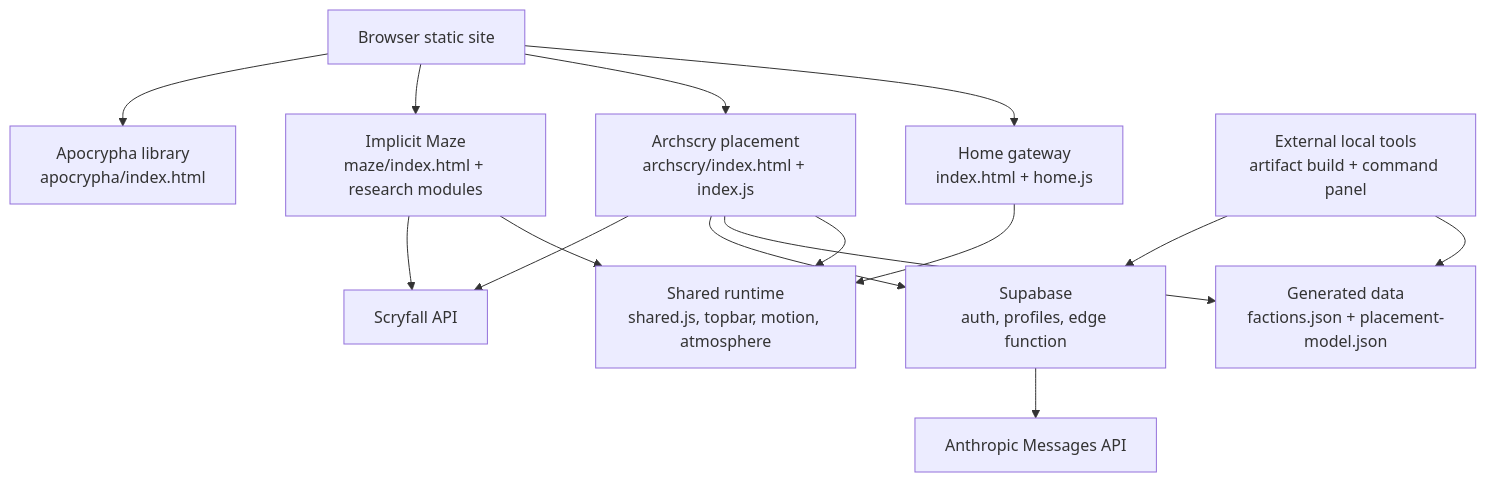
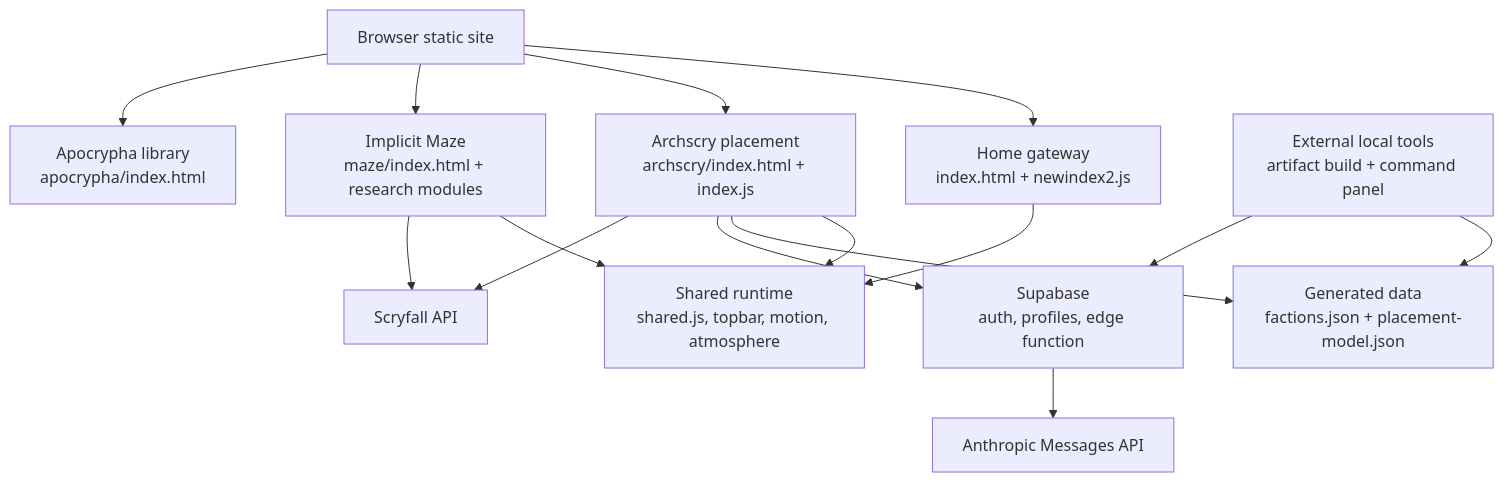
The diagram in docs/diagrams/project-architecture.mmd (rboles84/mtgSiteWIP), drawn with Mermaid before and after one commit. The commit also changed 33 other files, not shown here.

```diff
--- a/docs/diagrams/project-architecture.mmd
+++ b/docs/diagrams/project-architecture.mmd
@@ -1,27 +1,27 @@
 flowchart TD
   Browser["Browser static site"]
-  Home["Home gateway<br/>index.html + home.js"]
+  Home["Home gateway<br/>index.html + newindex2.js"]
   Archscry["Archscry placement<br/>archscry/index.html + index.js"]
   Maze["Implicit Maze<br/>maze/index.html + research modules"]
   Library["Apocrypha library<br/>apocrypha/index.html"]
   Shared["Shared runtime<br/>shared.js, topbar, motion, atmosphere"]
   Data["Generated data<br/>factions.json + placement-model.json"]
   Supabase["Supabase<br/>auth, profiles, edge function"]
   Anthropic["Anthropic Messages API"]
   Scryfall["Scryfall API"]
   Tools["External local tools<br/>artifact build + command panel"]
 
   Browser --> Home
   Browser --> Archscry
   Browser --> Maze
   Browser --> Library
   Home --> Shared
   Archscry --> Shared
   Maze --> Shared
   Archscry --> Data
   Archscry --> Supabase
   Supabase --> Anthropic
   Maze --> Scryfall
   Archscry --> Scryfall
   Tools --> Data
   Tools --> Supabase
```
